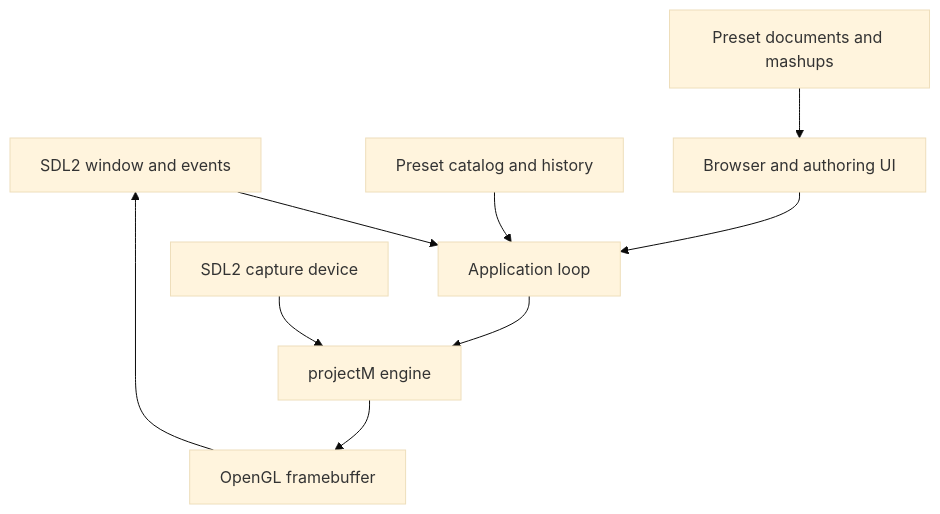
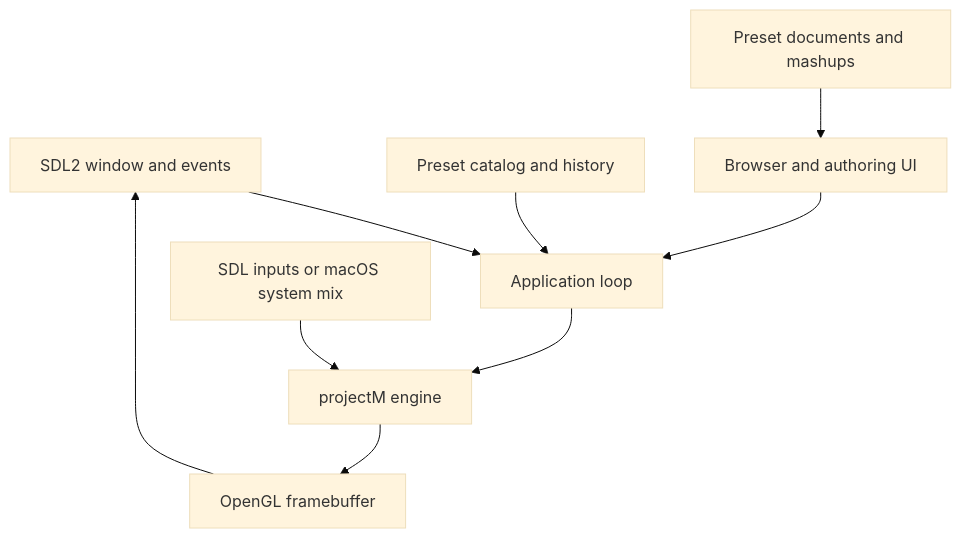
Before and after one commit to P-O-P-E/milkdrop3-linux-native: the diagram in docs/ARCHITECTURE.md, drawn with Mermaid (base theme). The commit also changed other lines of this file and 17 other files, not shown here.

Commit message:
Add native macOS system audio capture

````diff
--- a/docs/ARCHITECTURE.md
+++ b/docs/ARCHITECTURE.md
@@ -11,11 +11,11 @@
 ```mermaid
 flowchart TD
     SDL[SDL2 window and events] --> App[Application loop]
-    Audio[SDL2 capture device] --> Engine[projectM engine]
+    Audio[SDL inputs or macOS system mix] --> Engine[projectM engine]
     Catalog[Preset catalog and history] --> App
     UI[Browser and authoring UI] --> App
     Documents[Preset documents and mashups] --> UI
     App --> Engine
     Engine --> GL[OpenGL framebuffer]
     GL --> SDL
 ```
````
